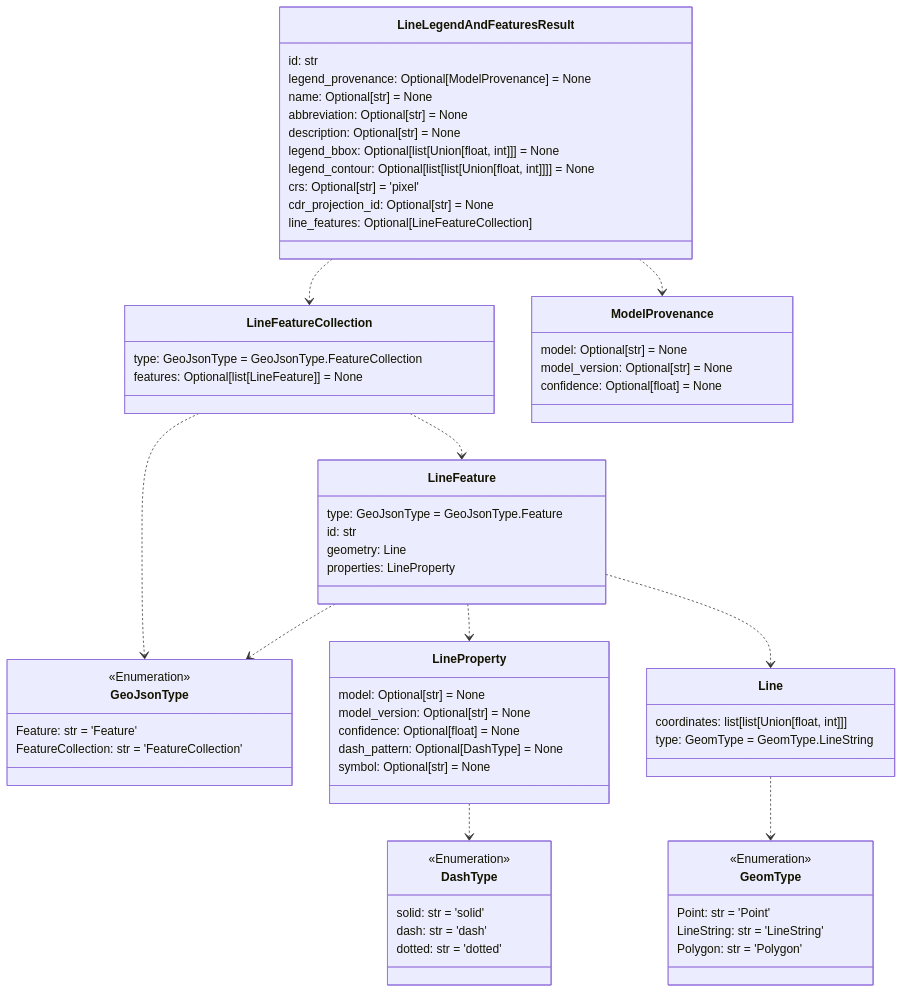
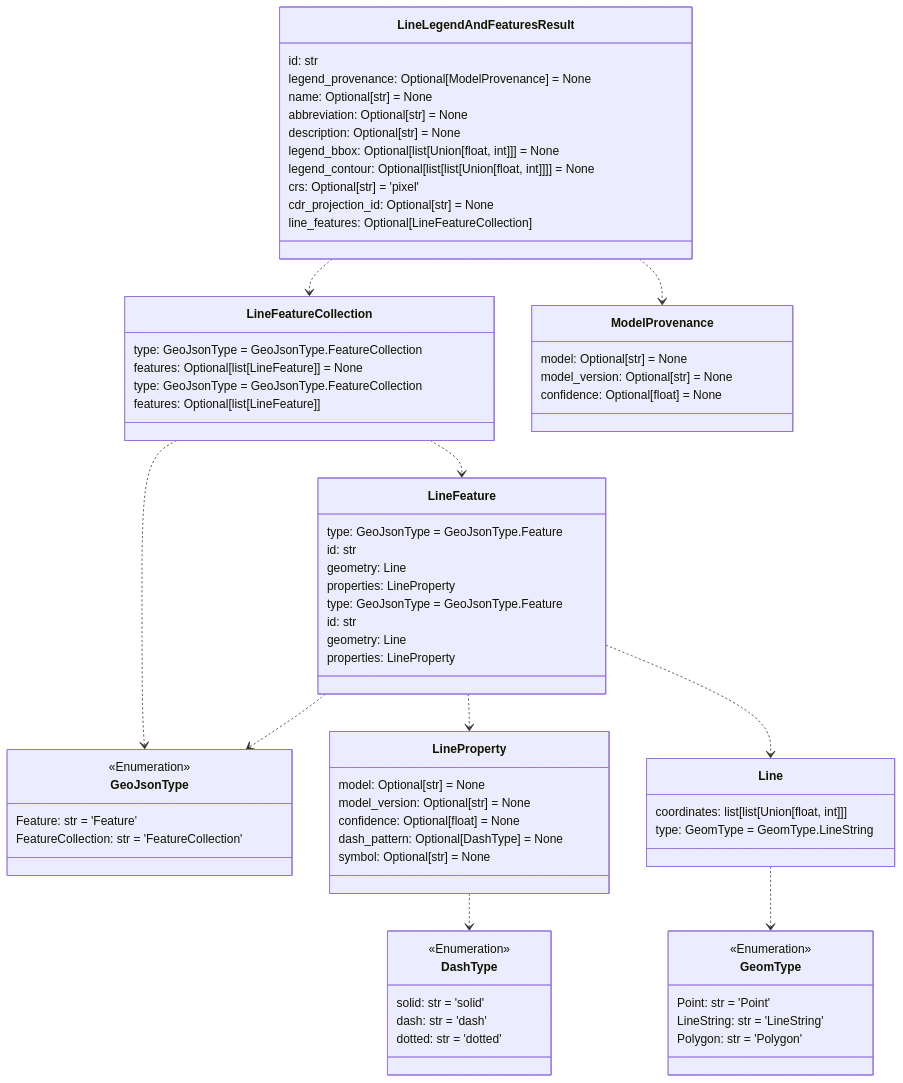
Before and after one commit to DARPA-CRITICALMAAS/cdr_schemas: the sixth of 12 diagrams in README.md, drawn with Mermaid. The commit also changed other lines of this file and 2 other files, not shown here.

Commit message:
added s back to features.

```diff
--- a/README.md
+++ b/README.md
@@ -450,6 +475,11 @@
         confidence: Optional[float] = None
     }
 
+    class LineFeatureCollection {
+        type: GeoJsonType = GeoJsonType.FeatureCollection
+        features: Optional[list[LineFeature]]
+    }
+
     class DashType {
         <<Enumeration>>
         solid: str = 'solid'
@@ -460,6 +490,13 @@
     class Line {
         coordinates: list[list[Union[float, int]]]
         type: GeomType = GeomType.LineString
+    }
+
+    class LineFeature {
+        type: GeoJsonType = GeoJsonType.Feature
+        id: str
+        geometry: Line
+        properties: LineProperty
     }
 
     class GeomType {
```
